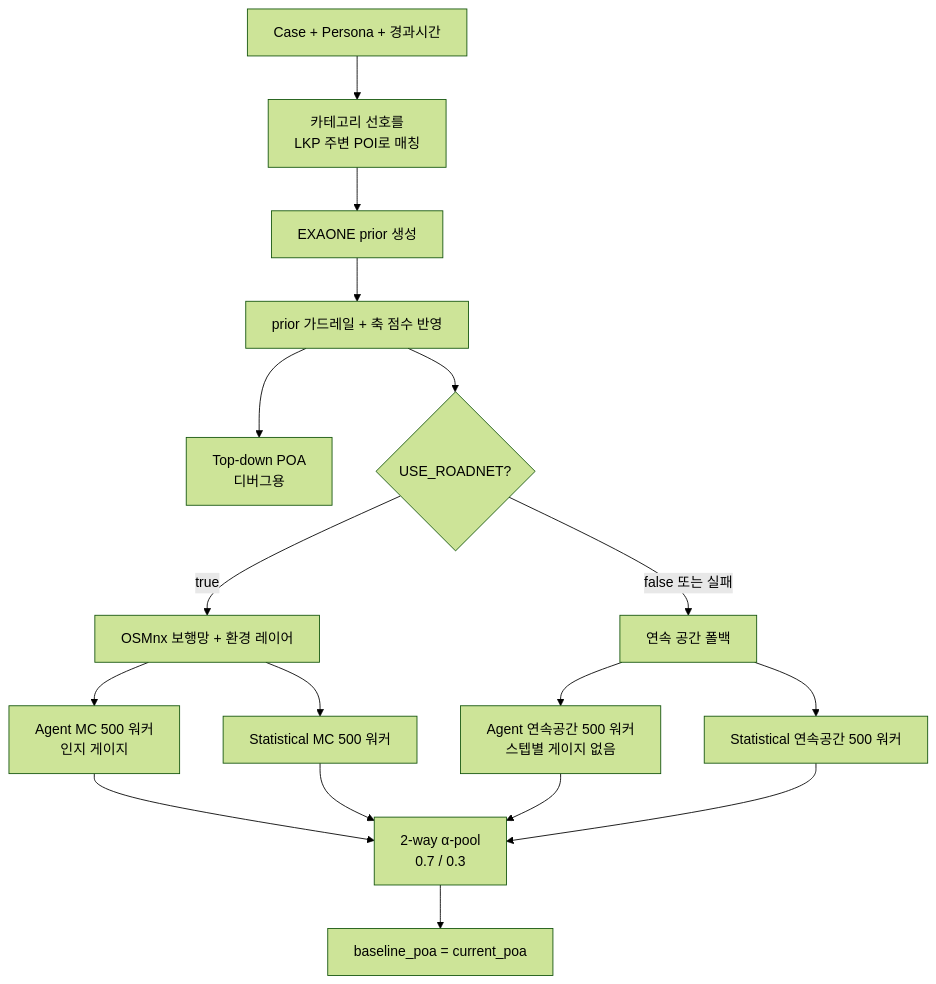
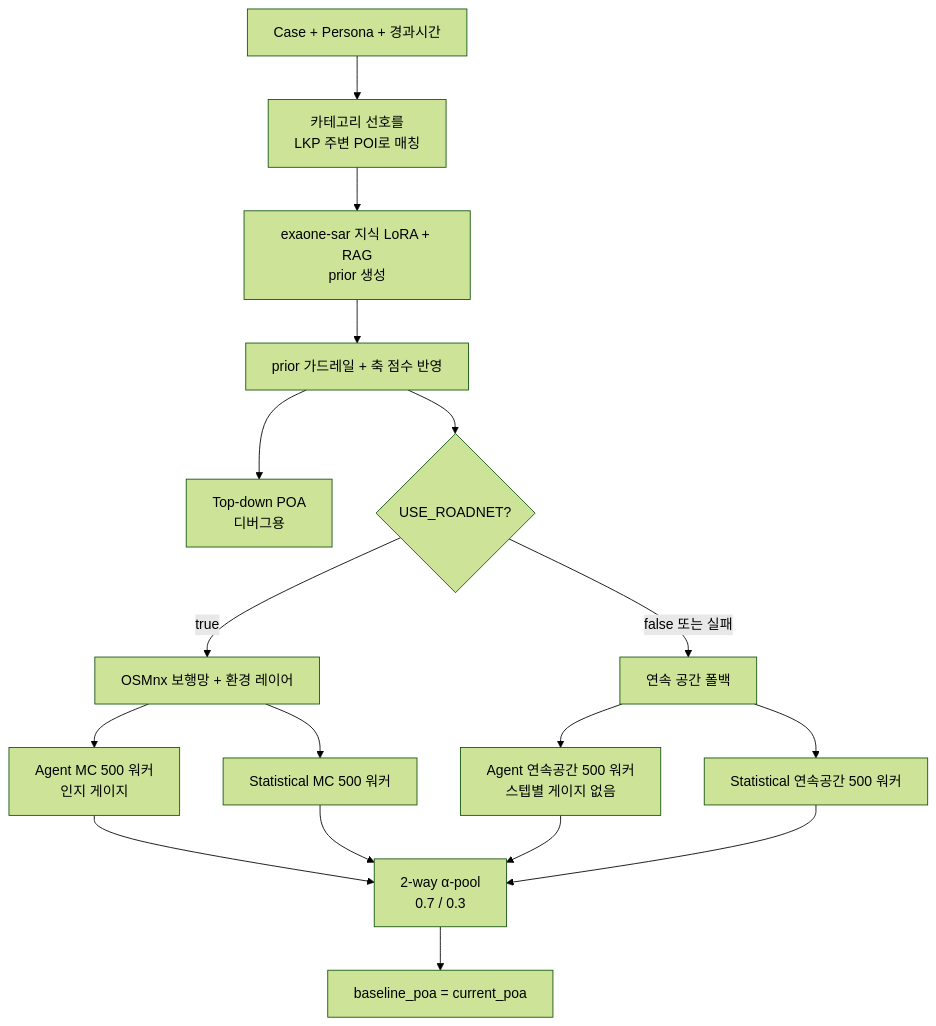
The third of 5 diagrams in README.md (Donghaeng-AI-ROOKIE/Come-back-home), drawn with Mermaid (forest theme) before and after one commit. The commit also changed other lines of this file and 1 other file, not shown here.

````diff
--- a/README.md
+++ b/README.md
@@ -168,19 +183,19 @@
 ```mermaid
 flowchart TD
     IN["Case + Persona + 경과시간"] --> POI["카테고리 선호를<br/>LKP 주변 POI로 매칭"]
-    POI --> PR["EXAONE prior 생성"]
+    POI --> PR["exaone-sar 지식 LoRA + RAG<br/>prior 생성"]
     PR --> GD["prior 가드레일 + 축 점수 반영"]
     GD --> TD["Top-down POA<br/>디버그용"]
     GD --> ROAD{"USE_ROADNET?"}
     ROAD -- "true" --> NET["OSMnx 보행망 + 환경 레이어"]
     ROAD -- "false 또는 실패" --> CONT["연속 공간 폴백"]
     NET --> AG["Agent MC 500 워커<br/>인지 게이지"]
     NET --> ST["Statistical MC 500 워커"]
     CONT --> AGC["Agent 연속공간 500 워커<br/>스텝별 게이지 없음"]
     CONT --> STC["Statistical 연속공간 500 워커"]
     AG --> POOL["2-way α-pool<br/>0.7 / 0.3"]
     ST --> POOL
     AGC --> POOL
     STC --> POOL
     POOL --> OUT["baseline_poa = current_poa"]
 ```
````
